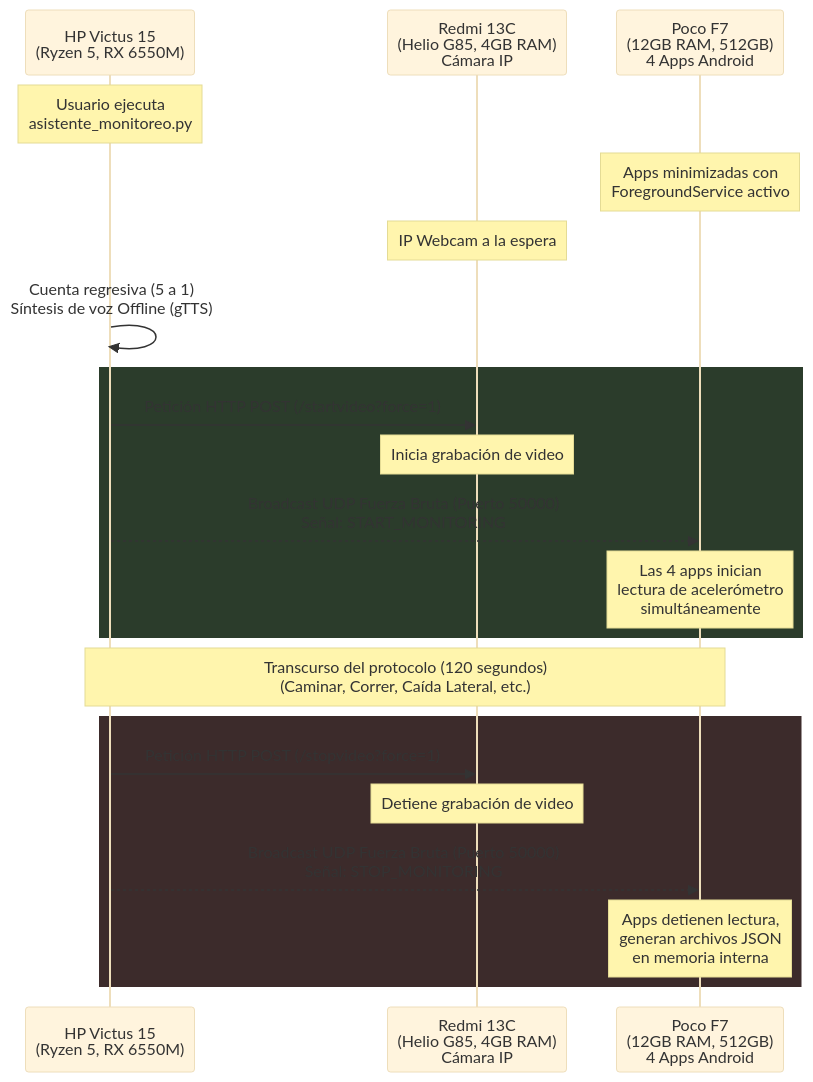
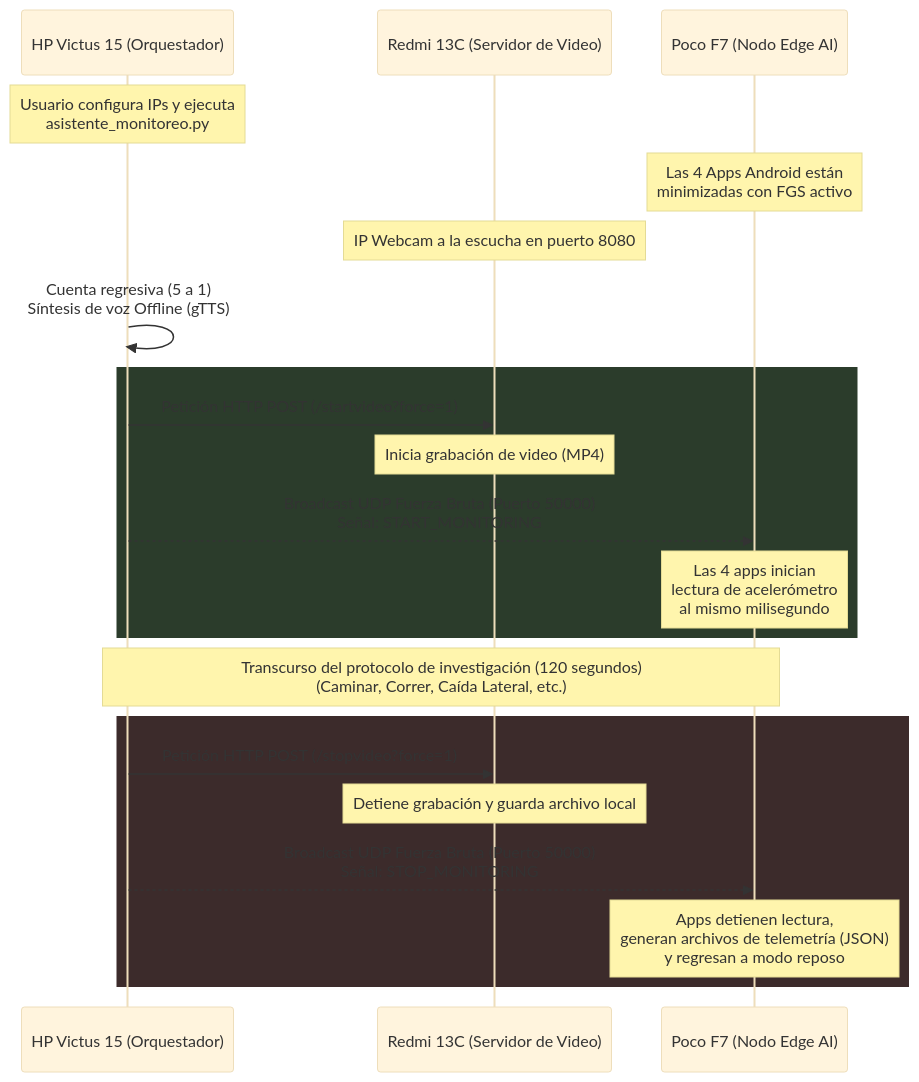
One commit to Hectorgh24/Prueba-caidas changed the diagram in README.md. Above: the diagram before and after it, drawn with Mermaid (base theme). The commit also changed other lines of this file, not shown here.

````diff
--- a/README.md
+++ b/README.md
@@ -15,30 +36,30 @@
 ```mermaid
 sequenceDiagram
-    participant PC as HP Victus 15<br/>(Ryzen 5, RX 6550M)
-    participant R13C as Redmi 13C<br/>(Helio G85, 4GB RAM)<br/>Cámara IP
-    participant PF7 as Poco F7<br/>(12GB RAM, 512GB)<br/>4 Apps Android
+    participant PC as HP Victus 15 (Orquestador)
+    participant R13C as Redmi 13C (Servidor de Video)
+    participant PF7 as Poco F7 (Nodo Edge AI)
 
-    Note over PC: Usuario ejecuta<br/>asistente_monitoreo.py
-    Note over PF7: Apps minimizadas con<br/>ForegroundService activo
-    Note over R13C: IP Webcam a la espera
+    Note over PC: Usuario configura IPs y ejecuta<br/>asistente_monitoreo.py
+    Note over PF7: Las 4 Apps Android están<br/>minimizadas con FGS activo
+    Note over R13C: IP Webcam a la escucha en puerto 8080
     
     PC->>PC: Cuenta regresiva (5 a 1)<br/>Síntesis de voz Offline (gTTS)
     
     rect rgb(43, 60, 43)
     PC->>R13C: Petición HTTP POST (/startvideo?force=1)
-    Note over R13C: Inicia grabación de video
+    Note over R13C: Inicia grabación de video (MP4)
     
     PC-->>PF7: Broadcast UDP Fuerza Bruta (Puerto 50000)<br/>Señal: START_MONITORING
-    Note over PF7: Las 4 apps inician<br/>lectura de acelerómetro<br/>simultáneamente
+    Note over PF7: Las 4 apps inician<br/>lectura de acelerómetro<br/>al mismo milisegundo
     end
     
-    Note over PC,PF7: Transcurso del protocolo (120 segundos)<br/>(Caminar, Correr, Caída Lateral, etc.)
+    Note over PC,PF7: Transcurso del protocolo de investigación (120 segundos)<br/>(Caminar, Correr, Caída Lateral, etc.)
     
     rect rgb(60, 43, 43)
     PC->>R13C: Petición HTTP POST (/stopvideo?force=1)
-    Note over R13C: Detiene grabación de video
+    Note over R13C: Detiene grabación y guarda archivo local
     
     PC-->>PF7: Broadcast UDP Fuerza Bruta (Puerto 50000)<br/>Señal: STOP_MONITORING
-    Note over PF7: Apps detienen lectura,<br/>generan archivos JSON<br/>en memoria interna
+    Note over PF7: Apps detienen lectura,<br/>generan archivos de telemetría (JSON)<br/>y regresan a modo reposo
     end
 ```
````
